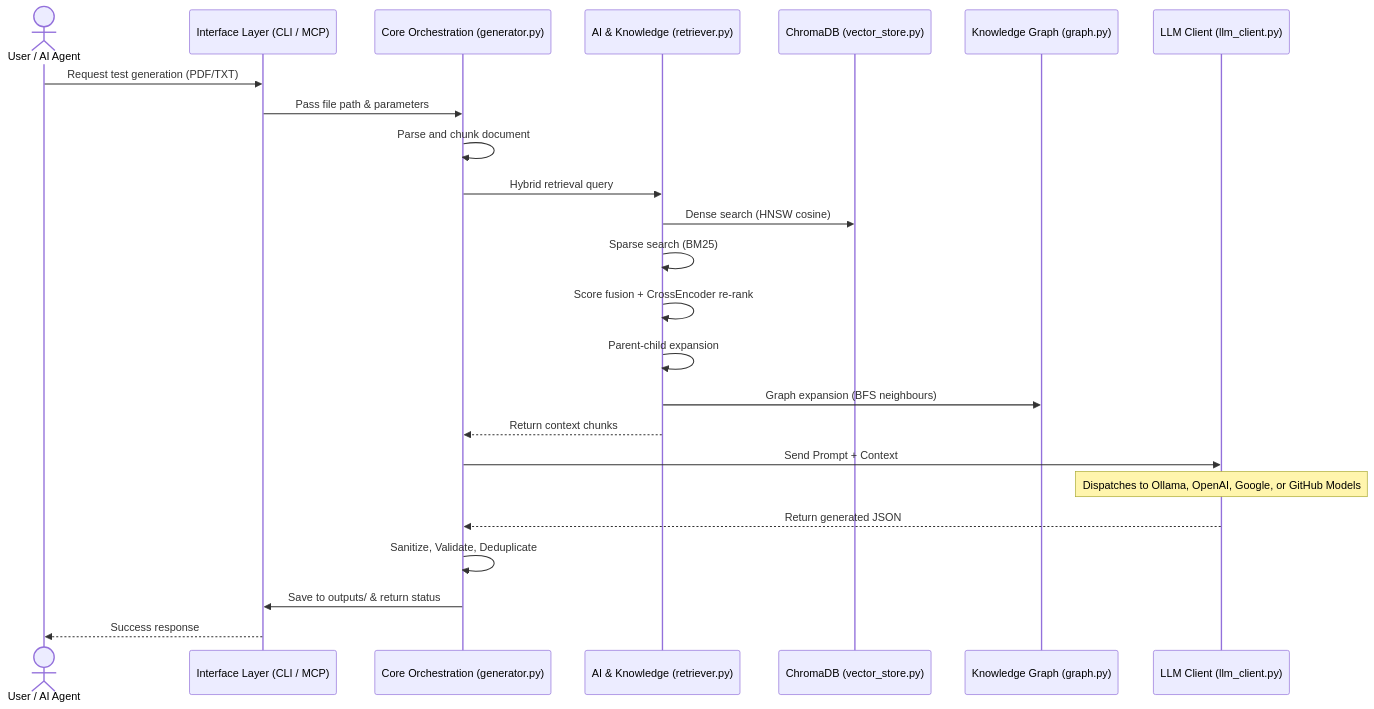
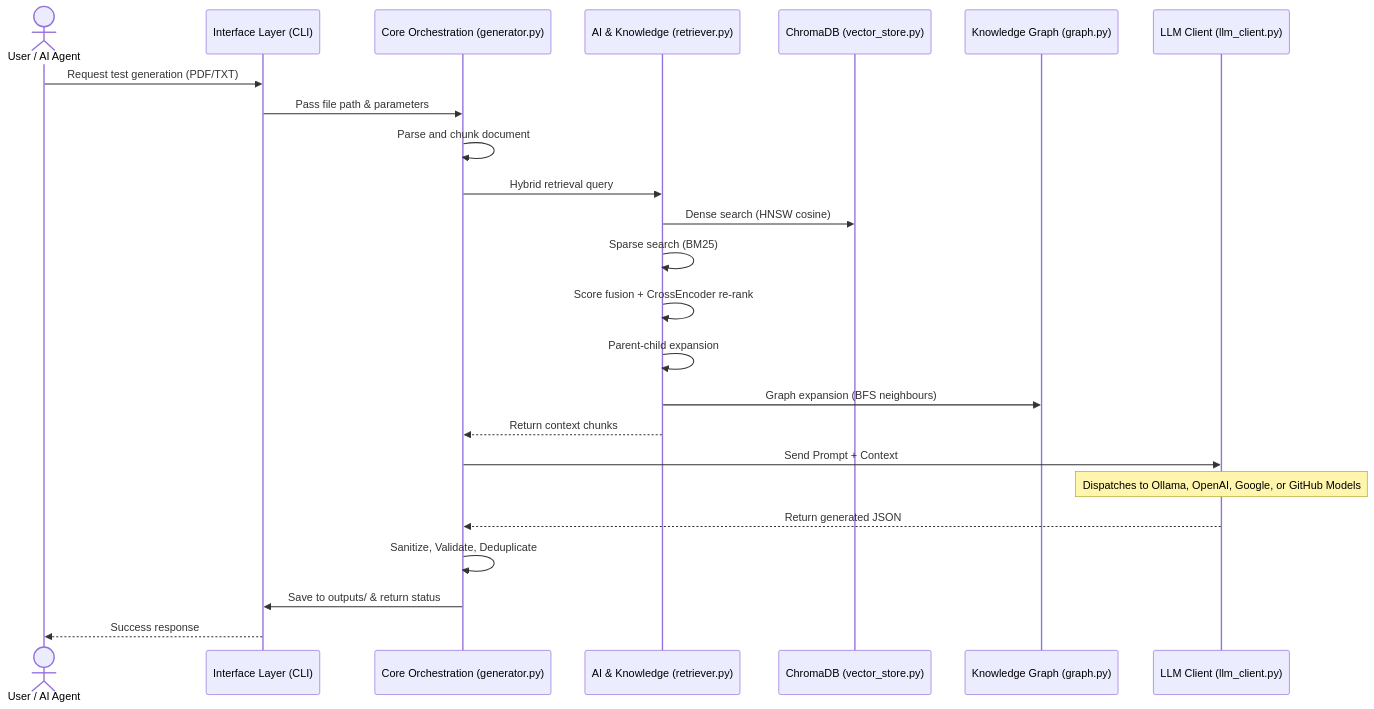
One commit to tanveer-ba-11897/caseCraft changed the diagram in README.md. Above: the diagram before and after it, drawn with Mermaid. The commit also changed other lines of this file and 46 other files, not shown here.

````diff
--- a/README.md
+++ b/README.md
@@ -9,27 +14,27 @@
 ```mermaid
 sequenceDiagram
     actor User as User / AI Agent
-    participant Interface as Interface Layer (CLI / MCP)
+    participant Interface as Interface Layer (CLI)
     participant Core as Core Orchestration (generator.py)
     participant RAG as AI & Knowledge (retriever.py)
     participant VDB as ChromaDB (vector_store.py)
     participant KG as Knowledge Graph (graph.py)
     participant LLM as LLM Client (llm_client.py)
     
     User->>Interface: Request test generation (PDF/TXT)
     Interface->>Core: Pass file path & parameters
     Core->>Core: Parse and chunk document
     Core->>RAG: Hybrid retrieval query
     RAG->>VDB: Dense search (HNSW cosine)
     RAG->>RAG: Sparse search (BM25)
     RAG->>RAG: Score fusion + CrossEncoder re-rank
     RAG->>RAG: Parent-child expansion
     RAG->>KG: Graph expansion (BFS neighbours)
     RAG-->>Core: Return context chunks
     Core->>LLM: Send Prompt + Context
     Note over LLM: Dispatches to Ollama, OpenAI, Google, or GitHub Models
     LLM-->>Core: Return generated JSON
     Core->>Core: Sanitize, Validate, Deduplicate
     Core->>Interface: Save to outputs/ & return status
     Interface-->>User: Success response
 ```
````
